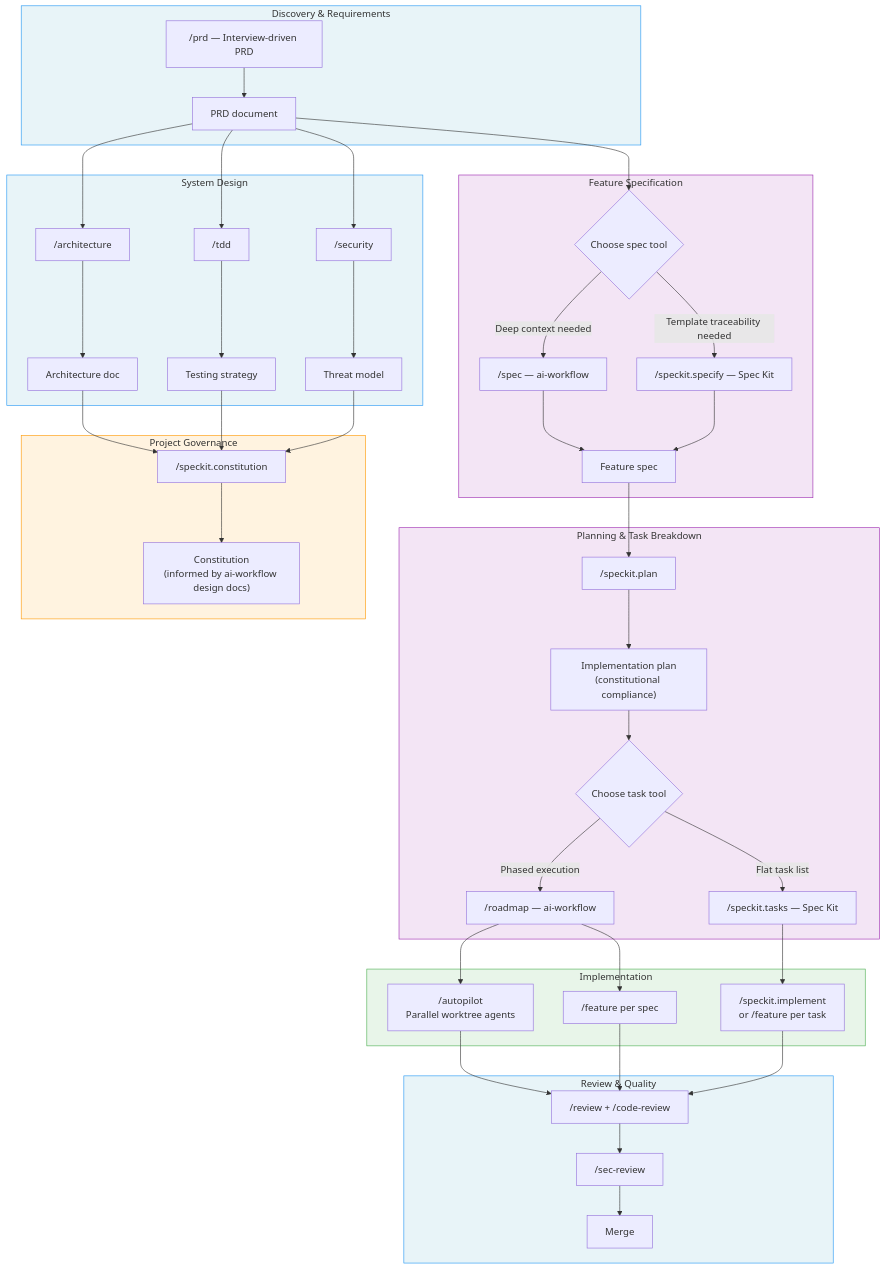
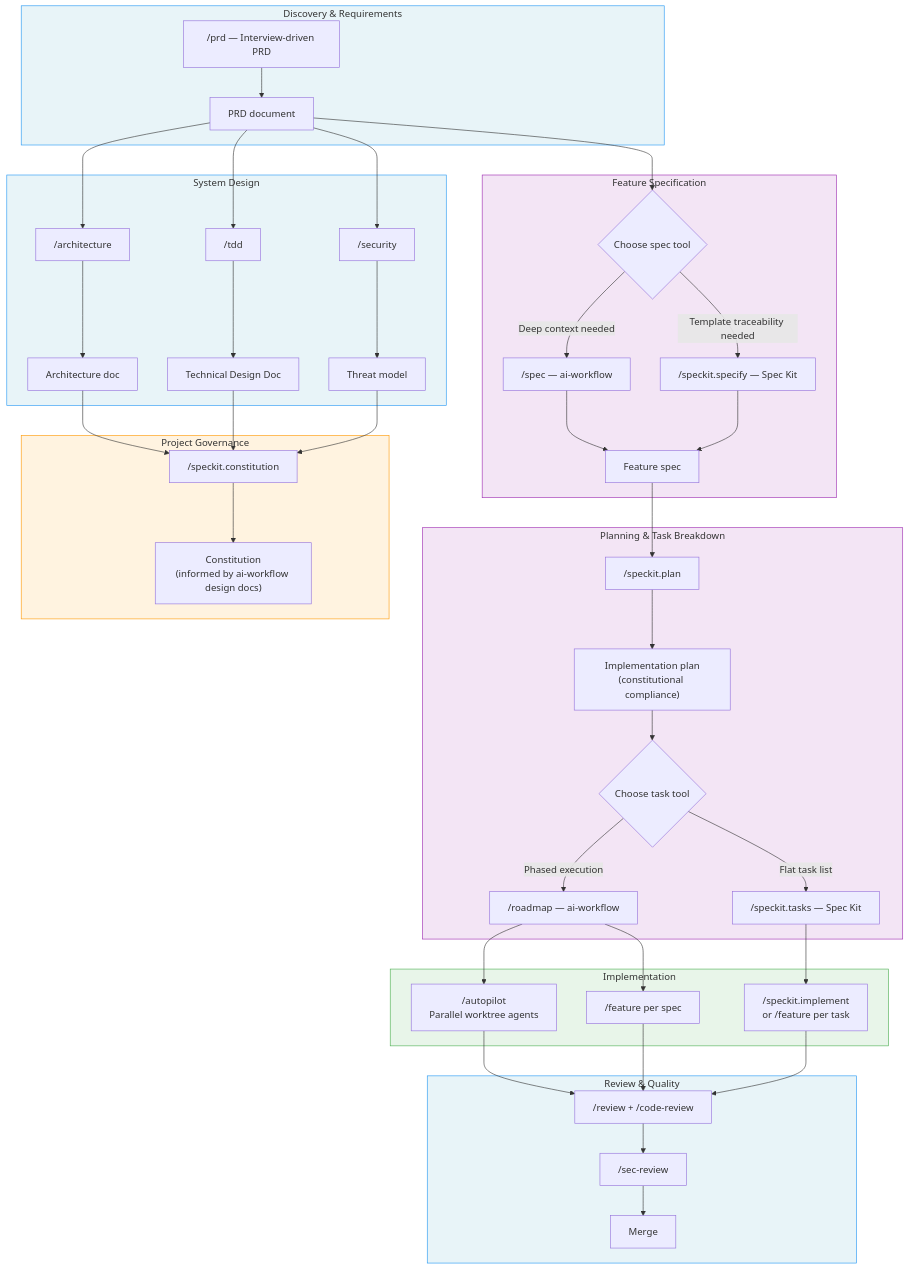
One commit to 0xrafasec/ai-workflow changed the first of 5 diagrams in docs/speckit-integration.md. Above: the diagram before and after it, drawn with Mermaid. The commit also changed other lines of this file and 4 other files, not shown here.

First line of the commit message:
docs: fix TDD descriptions and add roadmap-specify integration flow

````diff
--- a/docs/speckit-integration.md
+++ b/docs/speckit-integration.md
@@ -28,60 +28,60 @@
 ```mermaid
 flowchart TD
     subgraph Discovery ["Discovery & Requirements"]
         A["/prd — Interview-driven PRD"] --> B["PRD document"]
     end
 
     subgraph Design ["System Design"]
         B --> C["/architecture"]
         B --> D["/tdd"]
         B --> E["/security"]
         C --> F["Architecture doc"]
-        D --> G["Testing strategy"]
+        D --> G["Technical Design Doc"]
         E --> H["Threat model"]
     end
 
     subgraph Constitution ["Project Governance"]
         F --> I["/speckit.constitution"]
         G --> I
         H --> I
         I --> J["Constitution<br/>(informed by ai-workflow design docs)"]
     end
 
     subgraph Specification ["Feature Specification"]
         B --> K{Choose spec tool}
         K -->|"Deep context needed"| L["/spec — ai-workflow"]
         K -->|"Template traceability needed"| M["/speckit.specify — Spec Kit"]
         L --> N["Feature spec"]
         M --> N
     end
 
     subgraph Planning ["Planning & Task Breakdown"]
         N --> O["/speckit.plan"]
         O --> P["Implementation plan<br/>(constitutional compliance)"]
         P --> Q{Choose task tool}
         Q -->|"Phased execution"| R["/roadmap — ai-workflow"]
         Q -->|"Flat task list"| S["/speckit.tasks — Spec Kit"]
     end
 
     subgraph Execution ["Implementation"]
         R --> T["/autopilot<br/>Parallel worktree agents"]
         S --> U["/speckit.implement<br/>or /feature per task"]
         R --> V["/feature per spec"]
     end
 
     subgraph Review ["Review & Quality"]
         T --> W["/review + /code-review"]
         U --> W
         V --> W
         W --> X["/sec-review"]
         X --> Y["Merge"]
     end
 
     style Discovery fill:#e8f4f8,stroke:#2196F3
     style Design fill:#e8f4f8,stroke:#2196F3
     style Constitution fill:#fff3e0,stroke:#FF9800
     style Specification fill:#f3e5f5,stroke:#9C27B0
     style Planning fill:#f3e5f5,stroke:#9C27B0
     style Execution fill:#e8f5e9,stroke:#4CAF50
     style Review fill:#e8f4f8,stroke:#2196F3
 ```
````
